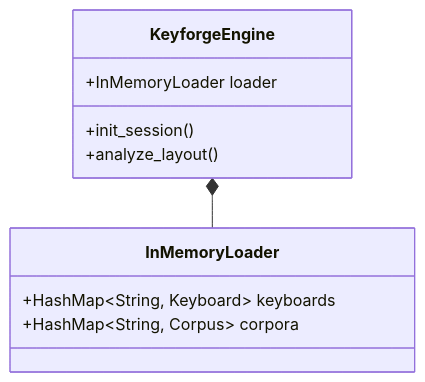
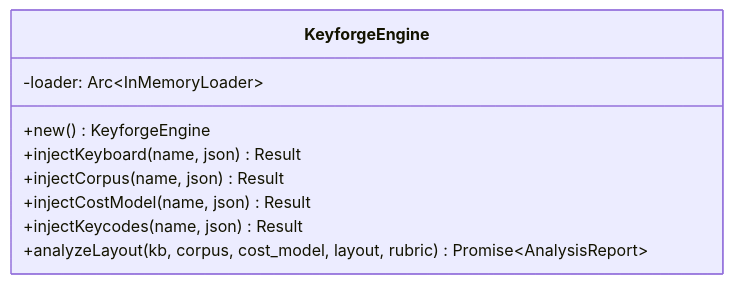
The first of 3 diagrams in docs/design/keyforge-wasm/README.md (infodungeon/keyforge), drawn with Mermaid before and after one commit. The commit also changed other lines of this file and 63 other files, not shown here.

````diff
--- a/docs/design/keyforge-wasm/README.md
+++ b/docs/design/keyforge-wasm/README.md
@@ -10,15 +11,12 @@
 ```mermaid
 classDiagram
     class KeyforgeEngine {
-        +InMemoryLoader loader
-        +init_session()
-        +analyze_layout()
+        -loader: Arc~InMemoryLoader~
+        +new() KeyforgeEngine
+        +injectKeyboard(name, json) Result
+        +injectCorpus(name, json) Result
+        +injectCostModel(name, json) Result
+        +injectKeycodes(name, json) Result
+        +analyzeLayout(kb, corpus, cost_model, layout, rubric) Promise~AnalysisReport~
     }
-
-    class InMemoryLoader {
-        +HashMap~String, Keyboard~ keyboards
-        +HashMap~String, Corpus~ corpora
-    }
-
-    KeyforgeEngine *-- InMemoryLoader
 ```
````
